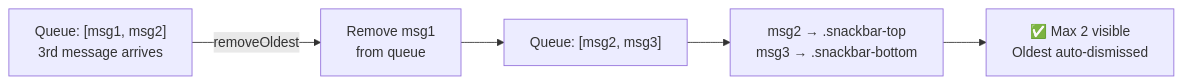
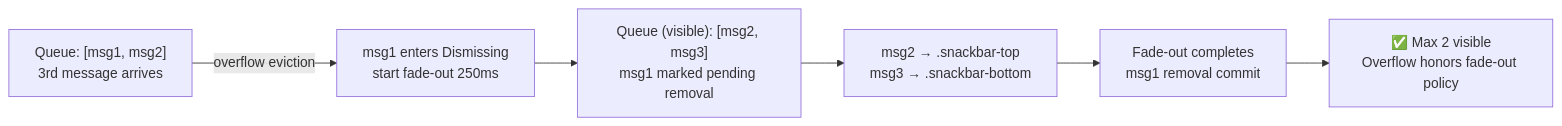
The third of 3 diagrams in design/productRequirementsDocuments/prdSnackbar.md (CyanAutomation/judokon), drawn with Mermaid before and after one commit. The commit also changed other lines of this file, not shown here.

Commit message:
docs: standardize snackbar overflow to dismissing fade-out (#5800)

````diff
--- a/design/productRequirementsDocuments/prdSnackbar.md
+++ b/design/productRequirementsDocuments/prdSnackbar.md
@@ -232,12 +232,14 @@
 ```mermaid
 graph LR
-    A["Queue: [msg1, msg2]<br/>3rd message arrives"] -->|removeOldest| B["Remove msg1<br/>from queue"]
+    A["Queue: [msg1, msg2]<br/>3rd message arrives"] -->|overflow eviction| B["msg1 enters Dismissing<br/>start fade-out 250ms"]
 
-    B --> C["Queue: [msg2, msg3]"]
+    B --> C["Queue (visible): [msg2, msg3]<br/>msg1 marked pending removal"]
 
     C --> D["msg2 → .snackbar-top<br/>msg3 → .snackbar-bottom"]
 
-    D --> E["✅ Max 2 visible<br/>Oldest auto-dismissed"]
+    D --> E["Fade-out completes<br/>msg1 removal commit"]
 
-    style E fill:#lightgreen
+    E --> F["✅ Max 2 visible<br/>Overflow honors fade-out policy"]
+
+    style F fill:#lightgreen
 ```
````
